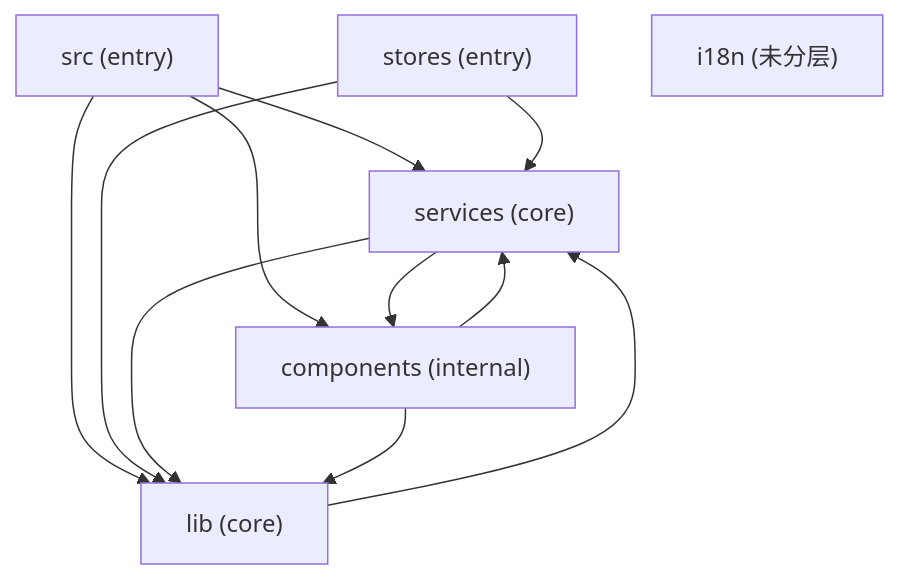
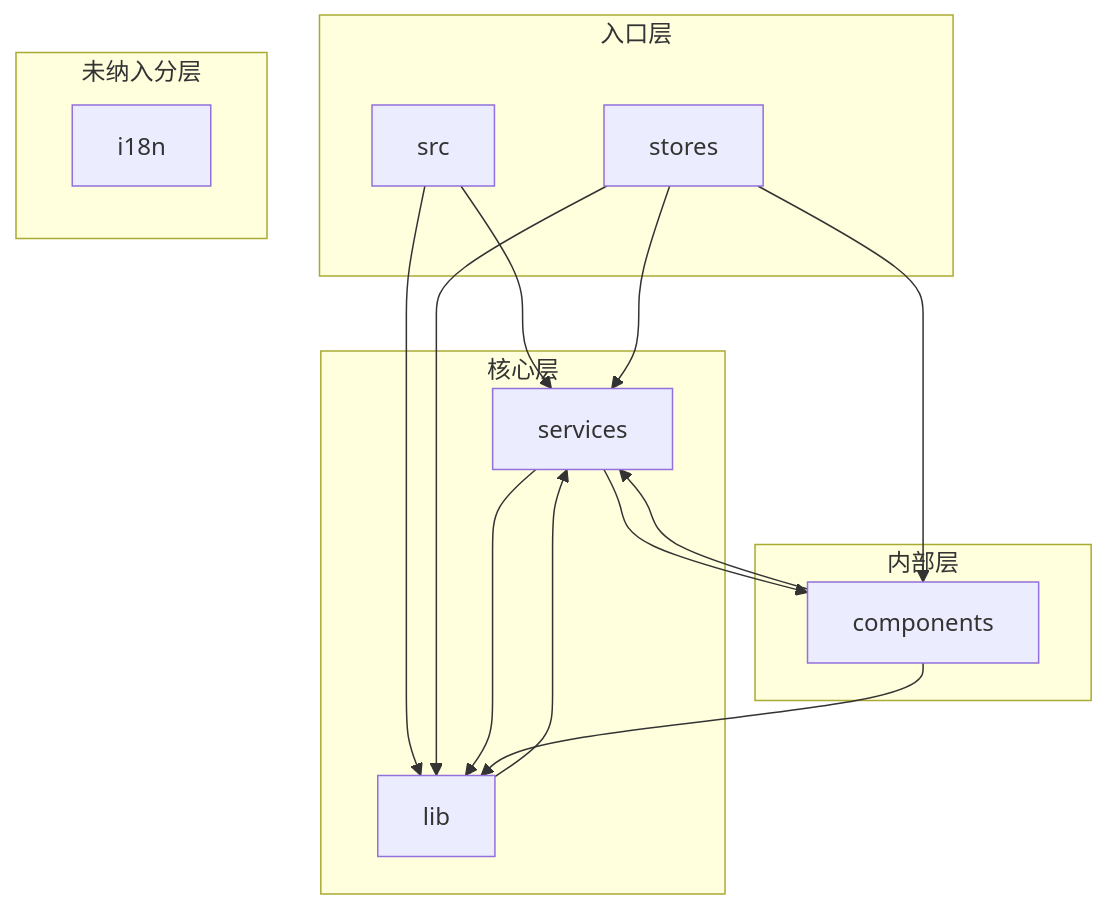
The first of 2 diagrams in .wiki/02-architecture/architecture.md (shawicx/scx-terminal), drawn with Mermaid before and after one commit. The commit also changed other lines of this file and 41 other files, not shown here.

````diff
--- a/.wiki/02-architecture/architecture.md
+++ b/.wiki/02-architecture/architecture.md
@@ -61,20 +49,28 @@
 ```mermaid
 graph TD
-    src["src (entry)"]
-    stores["stores (entry)"]
-    lib["lib (core)"]
-    services["services (core)"]
-    components["components (internal)"]
-    i18n["i18n (未分层)"]
+  subgraph 入口层
+    src
+    stores
+  end
+  subgraph 核心层
+    lib
+    services
+  end
+  subgraph 内部层
+    components
+  end
+  subgraph 未纳入分层
+    i18n
+  end
 
-    src --> services
-    src --> lib
-    src --> components
-    stores --> services
-    stores --> lib
-    services --> lib
-    services --> components
-    components --> lib
-    components --> services
-    lib --> services
+  src --> services
+  src --> lib
+  stores --> lib
+  stores --> services
+  stores --> components
+  services --> lib
+  lib --> services
+  services --> components
+  components --> services
+  components --> lib
 ```
````
